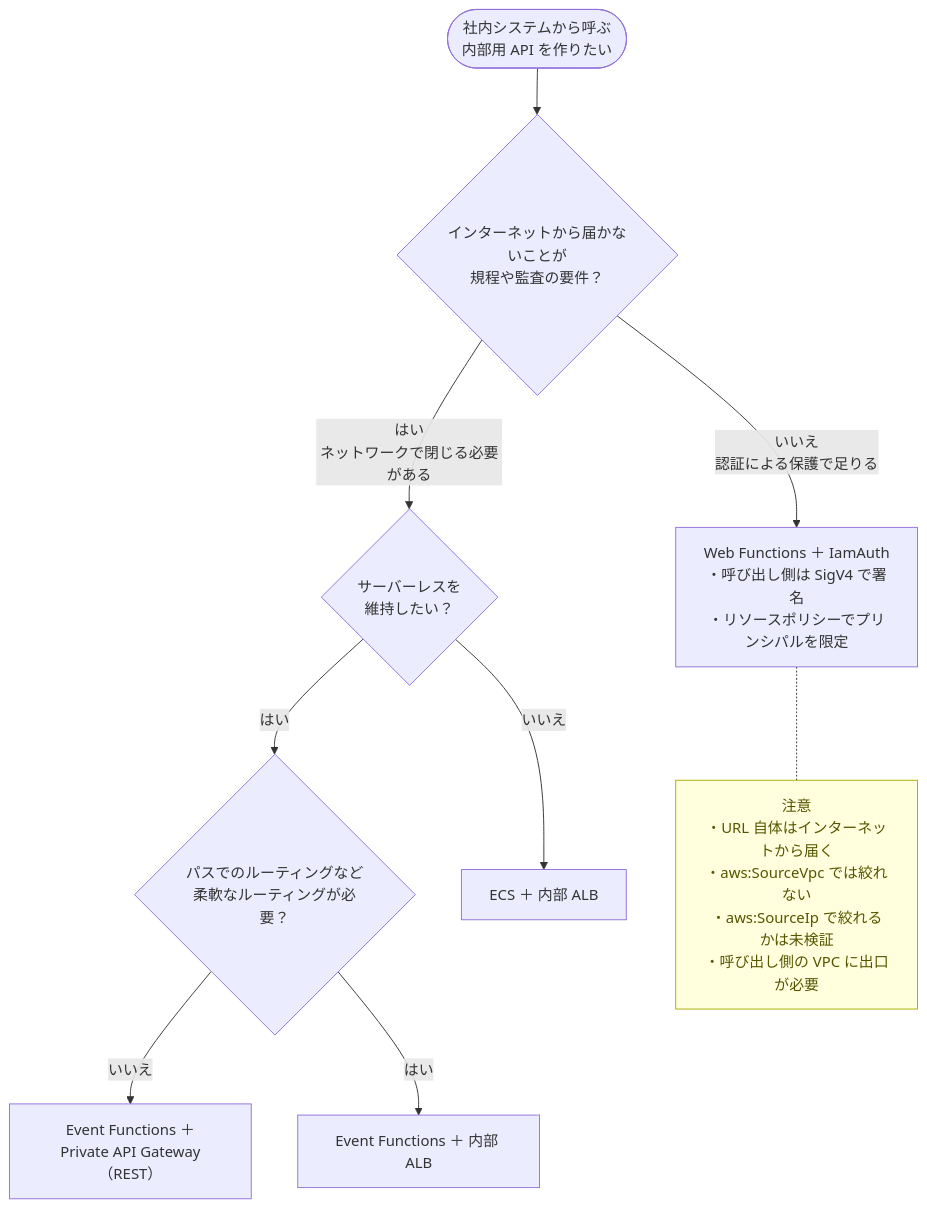
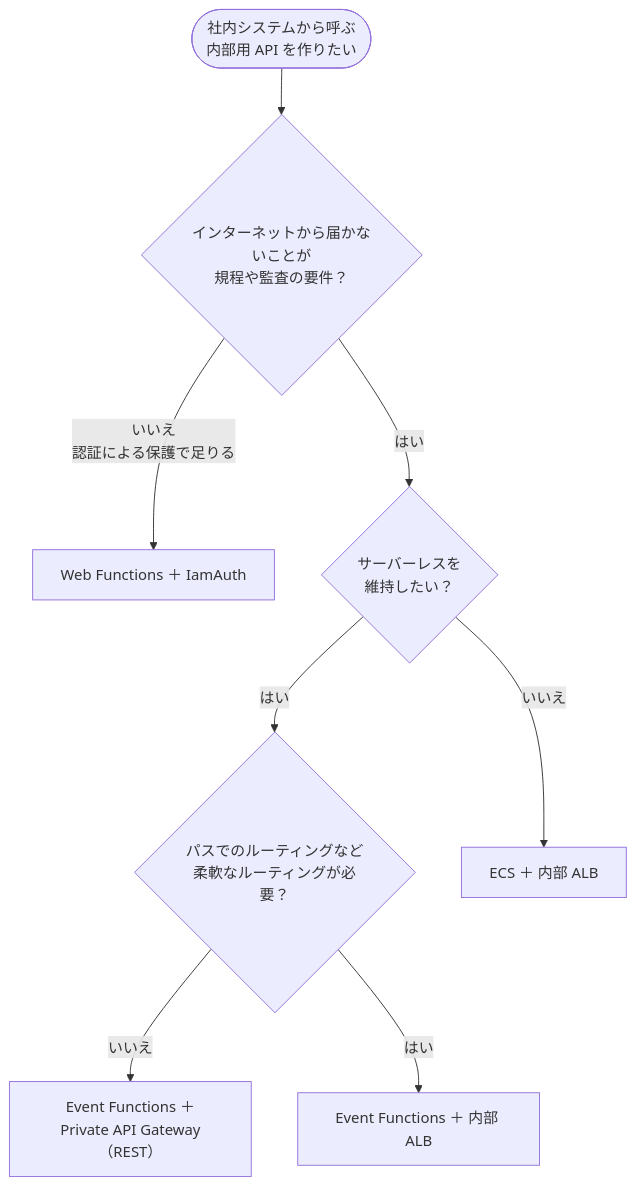
Before and after one commit to zaru/lambda-wf-nextjs: the sixth of 6 diagrams in docs/network-options.md, drawn with Mermaid. The commit also changed other lines of this file and 1 other file, not shown here.

````diff
--- a/docs/network-options.md
+++ b/docs/network-options.md
@@ -153,16 +193,12 @@
 ```mermaid
 flowchart TD
     Start(["社内システムから呼ぶ<br/>内部用 API を作りたい"]) --> Q1{"インターネットから届かないことが<br/>規程や監査の要件？"}
 
-    Q1 -->|"いいえ<br/>認証による保護で足りる"| WF["Web Functions ＋ IamAuth<br/>・呼び出し側は SigV4 で署名<br/>・リソースポリシーでプリンシパルを限定"]
-    Q1 -->|"はい<br/>ネットワークで閉じる必要がある"| Q2{"サーバーレスを<br/>維持したい？"}
+    Q1 -->|"いいえ<br/>認証による保護で足りる"| WF["Web Functions ＋ IamAuth"]
+    Q1 -->|"はい"| Q2{"サーバーレスを<br/>維持したい？"}
 
     Q2 -->|"はい"| Q3{"パスでのルーティングなど<br/>柔軟なルーティングが必要？"}
     Q3 -->|"いいえ"| PAPI["Event Functions ＋<br/>Private API Gateway（REST）"]
     Q3 -->|"はい"| IALB["Event Functions ＋ 内部 ALB"]
     Q2 -->|"いいえ"| ECS["ECS ＋ 内部 ALB"]
-
-    WF -.- Note1["注意<br/>・URL 自体はインターネットから届く<br/>・aws:SourceVpc では絞れない<br/>・aws:SourceIp で絞れるかは未検証<br/>・呼び出し側の VPC に出口が必要"]:::note
-
-    classDef note fill:#ffd,stroke:#aa0,color:#550
 ```
````
